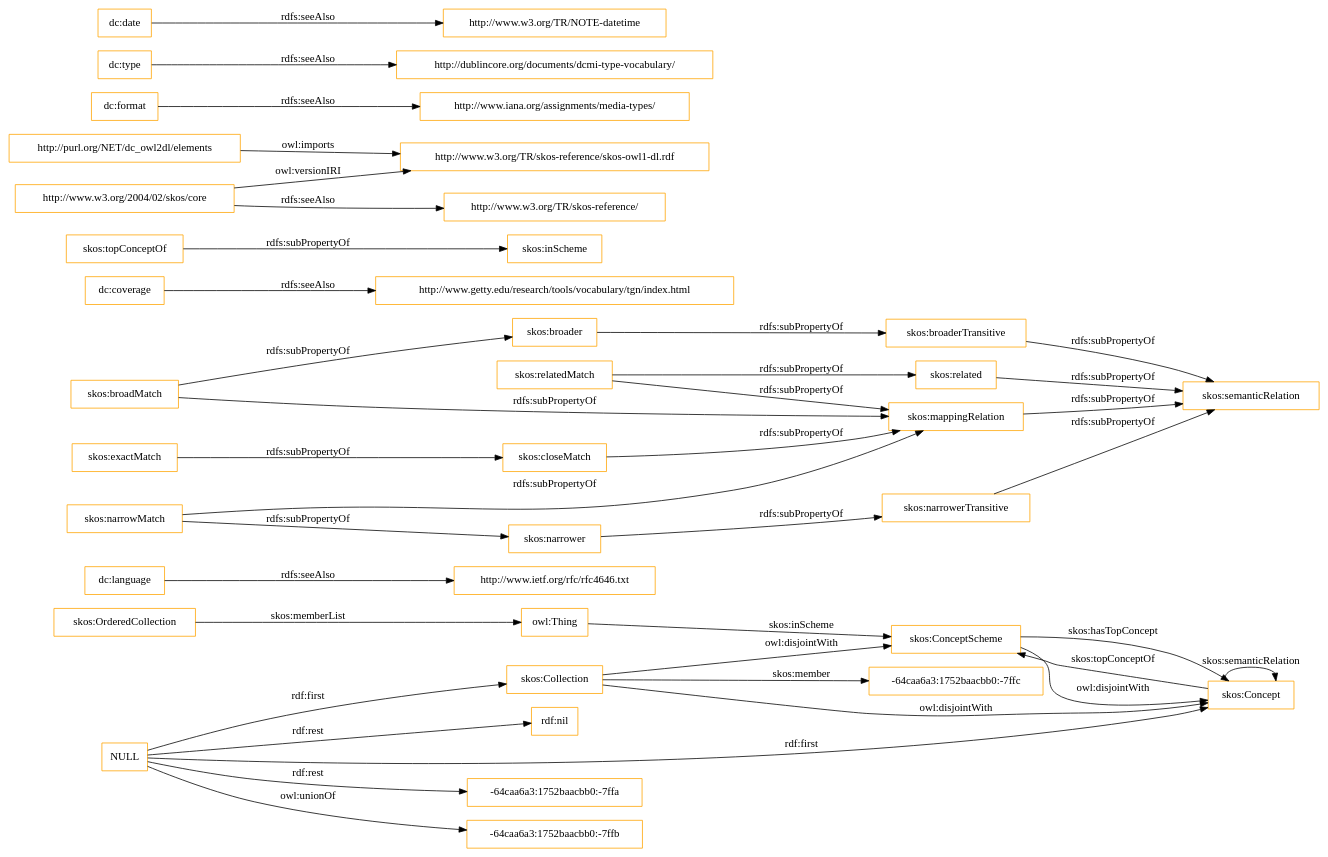
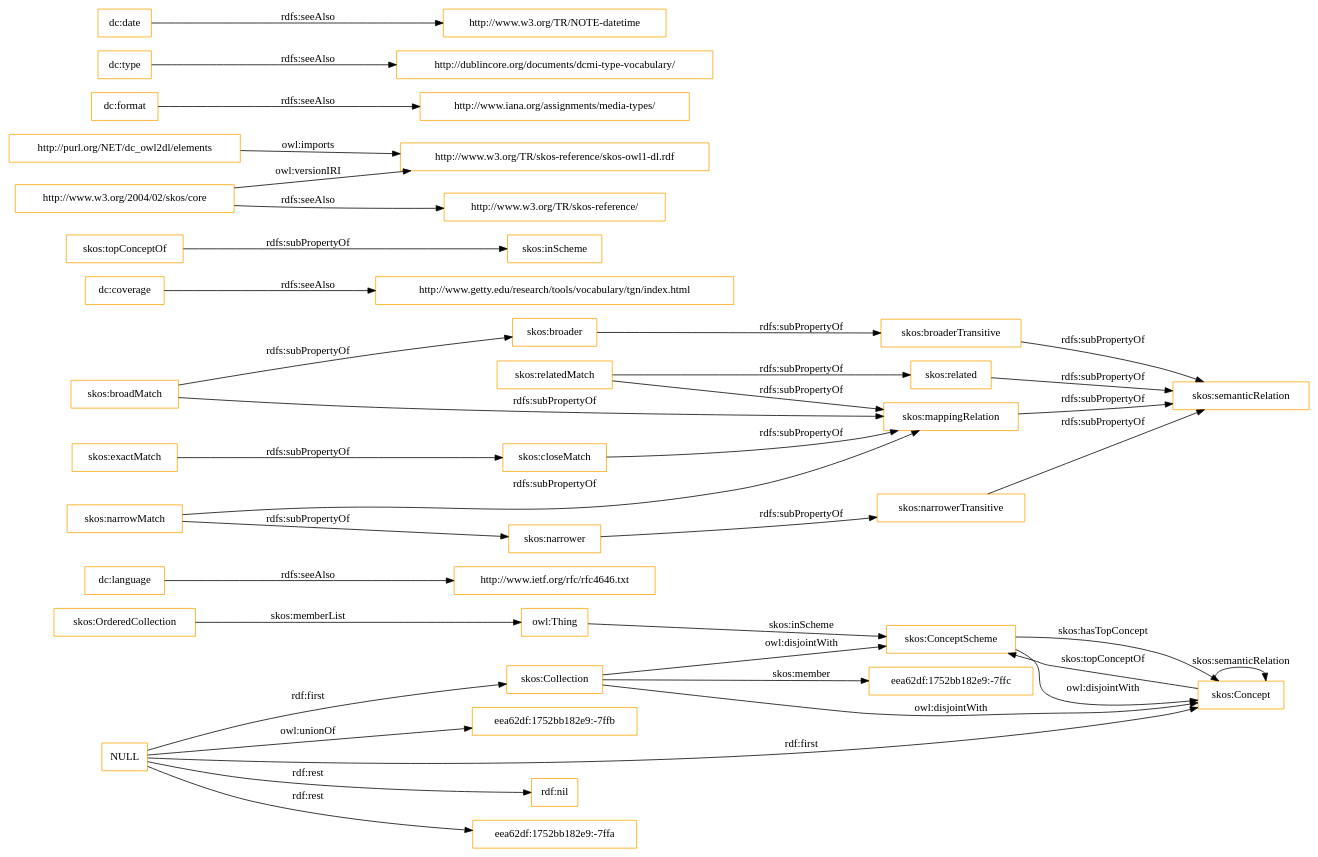
One commit to OnToologyUser/core-ontology-1 changed the diagram in OnToology/imports/elements.owl/diagrams/ar2dtool-class/elements.owl.png.dot. Above: the diagram before and after it, drawn with Graphviz. The commit also changed 14 other files, not shown here.

```diff
--- a/OnToology/imports/elements.owl/diagrams/ar2dtool-class/elements.owl.png.dot
+++ b/OnToology/imports/elements.owl/diagrams/ar2dtool-class/elements.owl.png.dot
@@ -1,43 +1,43 @@
 digraph ar2dtool_diagram { 
 rankdir=LR;
 size="1501"
-node [shape = rectangle, color="orange"]; "-64caa6a3:1752baacbb0:-7ffc" "skos:OrderedCollection" "skos:Collection" "skos:ConceptScheme" "skos:Concept" ; /*classes style*/
+node [shape = rectangle, color="orange"]; "eea62df:1752bb182e9:-7ffc" "skos:OrderedCollection" "skos:Collection" "skos:ConceptScheme" "skos:Concept" ; /*classes style*/
 	"dc:language" -> "http://www.ietf.org/rfc/rfc4646.txt" [ label = "rdfs:seeAlso" ];
-	"NULL" -> "-64caa6a3:1752baacbb0:-7ffa" [ label = "rdf:rest" ];
-	"NULL" -> "skos:Concept" [ label = "rdf:first" ];
-	"NULL" -> "-64caa6a3:1752baacbb0:-7ffb" [ label = "owl:unionOf" ];
 	"NULL" -> "rdf:nil" [ label = "rdf:rest" ];
 	"NULL" -> "skos:Collection" [ label = "rdf:first" ];
+	"NULL" -> "eea62df:1752bb182e9:-7ffa" [ label = "rdf:rest" ];
+	"NULL" -> "skos:Concept" [ label = "rdf:first" ];
+	"NULL" -> "eea62df:1752bb182e9:-7ffb" [ label = "owl:unionOf" ];
 	"skos:closeMatch" -> "skos:mappingRelation" [ label = "rdfs:subPropertyOf" ];
 	"dc:coverage" -> "http://www.getty.edu/research/tools/vocabulary/tgn/index.html" [ label = "rdfs:seeAlso" ];
 	"skos:relatedMatch" -> "skos:related" [ label = "rdfs:subPropertyOf" ];
 	"skos:relatedMatch" -> "skos:mappingRelation" [ label = "rdfs:subPropertyOf" ];
 	"skos:ConceptScheme" -> "skos:Concept" [ label = "owl:disjointWith" ];
 	"skos:related" -> "skos:semanticRelation" [ label = "rdfs:subPropertyOf" ];
 	"skos:topConceptOf" -> "skos:inScheme" [ label = "rdfs:subPropertyOf" ];
 	"skos:broadMatch" -> "skos:broader" [ label = "rdfs:subPropertyOf" ];
 	"skos:broadMatch" -> "skos:mappingRelation" [ label = "rdfs:subPropertyOf" ];
 	"http://purl.org/NET/dc_owl2dl/elements" -> "http://www.w3.org/TR/skos-reference/skos-owl1-dl.rdf" [ label = "owl:imports" ];
 	"skos:exactMatch" -> "skos:closeMatch" [ label = "rdfs:subPropertyOf" ];
 	"dc:format" -> "http://www.iana.org/assignments/media-types/" [ label = "rdfs:seeAlso" ];
 	"skos:broaderTransitive" -> "skos:semanticRelation" [ label = "rdfs:subPropertyOf" ];
 	"dc:type" -> "http://dublincore.org/documents/dcmi-type-vocabulary/" [ label = "rdfs:seeAlso" ];
 	"skos:broader" -> "skos:broaderTransitive" [ label = "rdfs:subPropertyOf" ];
 	"skos:mappingRelation" -> "skos:semanticRelation" [ label = "rdfs:subPropertyOf" ];
 	"http://www.w3.org/2004/02/skos/core" -> "http://www.w3.org/TR/skos-reference/skos-owl1-dl.rdf" [ label = "owl:versionIRI" ];
 	"http://www.w3.org/2004/02/skos/core" -> "http://www.w3.org/TR/skos-reference/" [ label = "rdfs:seeAlso" ];
 	"skos:Collection" -> "skos:ConceptScheme" [ label = "owl:disjointWith" ];
 	"skos:Collection" -> "skos:Concept" [ label = "owl:disjointWith" ];
 	"skos:narrowMatch" -> "skos:narrower" [ label = "rdfs:subPropertyOf" ];
 	"skos:narrowMatch" -> "skos:mappingRelation" [ label = "rdfs:subPropertyOf" ];
 	"skos:narrower" -> "skos:narrowerTransitive" [ label = "rdfs:subPropertyOf" ];
 	"dc:date" -> "http://www.w3.org/TR/NOTE-datetime" [ label = "rdfs:seeAlso" ];
 	"skos:narrowerTransitive" -> "skos:semanticRelation" [ label = "rdfs:subPropertyOf" ];
 	"skos:OrderedCollection" -> "owl:Thing" [ label = "skos:memberList" ];
 	"skos:Concept" -> "skos:ConceptScheme" [ label = "skos:topConceptOf" ];
 	"skos:Concept" -> "skos:Concept" [ label = "skos:semanticRelation" ];
-	"skos:Collection" -> "-64caa6a3:1752baacbb0:-7ffc" [ label = "skos:member" ];
+	"skos:Collection" -> "eea62df:1752bb182e9:-7ffc" [ label = "skos:member" ];
 	"skos:ConceptScheme" -> "skos:Concept" [ label = "skos:hasTopConcept" ];
 	"owl:Thing" -> "skos:ConceptScheme" [ label = "skos:inScheme" ];
 
 }
```
